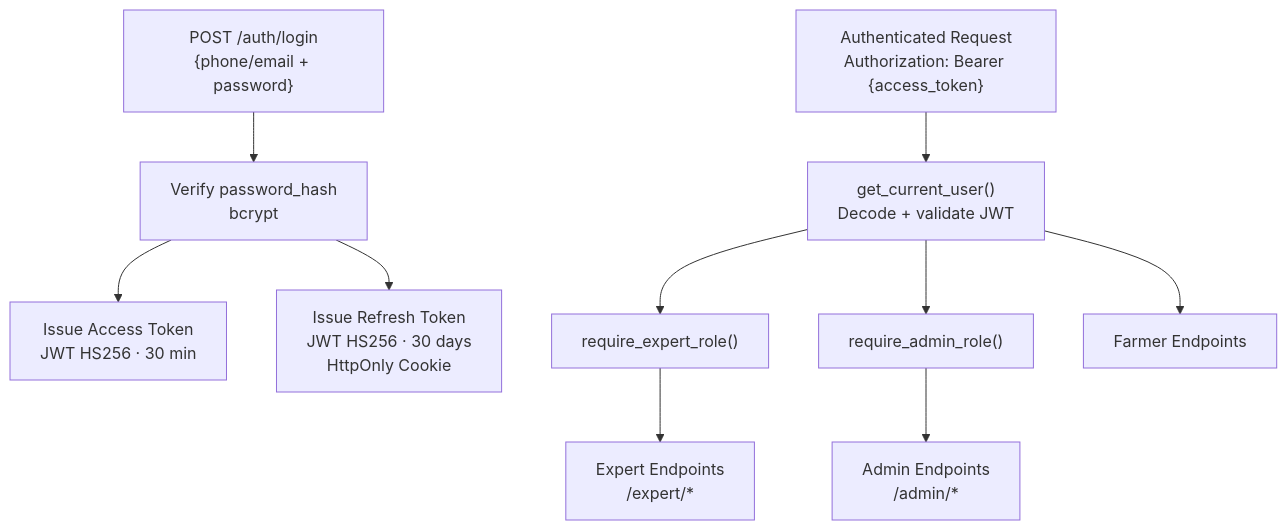
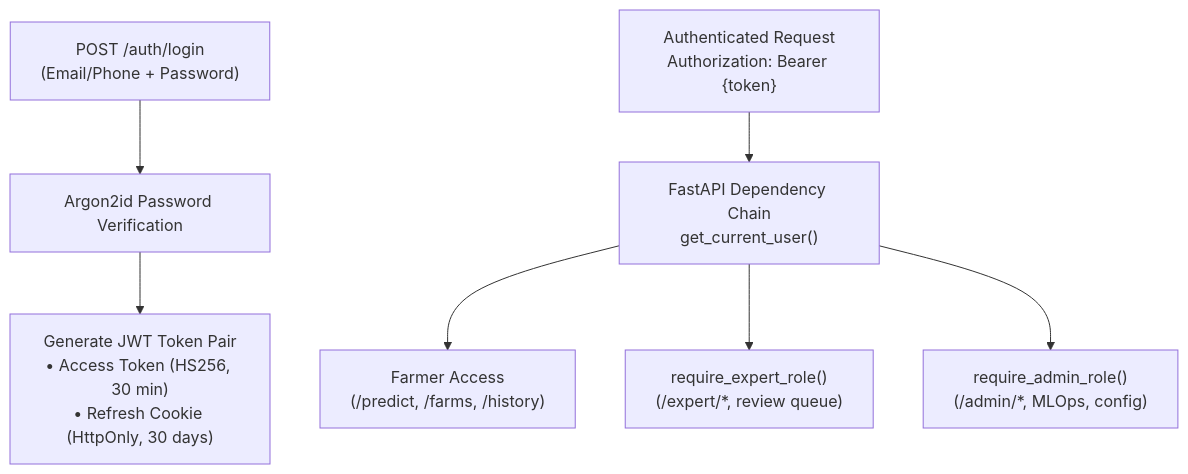
Before and after one commit to manthan2876/Smart-Farming: the fourth of 7 diagrams in Docs/Architecture.md, drawn with Mermaid. The commit also changed other lines of this file and 10 other files, not shown here.

Commit message:
docs: update documentation to 19 October 2026 reflecting Render, Hugging Face Space, and Supabase architecture

````diff
--- a/Docs/Architecture.md
+++ b/Docs/Architecture.md
@@ -535,20 +360,18 @@
 ```mermaid
 flowchart TD
-    LOGIN["POST /auth/login\n{phone/email + password}"]
-    VERIFY["Verify password_hash\nbcrypt"]
-    AT["Issue Access Token\nJWT HS256 · 30 min"]
-    RT["Issue Refresh Token\nJWT HS256 · 30 days\nHttpOnly Cookie"]
-    REQ["Authenticated Request\nAuthorization: Bearer {access_token}"]
-    GUARD["get_current_user()\nDecode + validate JWT"]
-    ROLE_E["require_expert_role()"]
-    ROLE_A["require_admin_role()"]
-    FARMER_EP["Farmer Endpoints"]
-    EXPERT_EP["Expert Endpoints\n/expert/*"]
-    ADMIN_EP["Admin Endpoints\n/admin/*"]
+    LOGIN["POST /auth/login\n(Email/Phone + Password)"]
+    ARGON["Argon2id Password Verification"]
+    ISSUE["Generate JWT Token Pair\n• Access Token (HS256, 30 min)\n• Refresh Cookie (HttpOnly, 30 days)"]
+    AUTH_REQ["Authenticated Request\nAuthorization: Bearer {token}"]
+    DEP["FastAPI Dependency Chain\nget_current_user()"]
+    
+    CHECK_FARMER["Farmer Access\n(/predict, /farms, /history)"]
+    CHECK_EXPERT["require_expert_role()\n(/expert/*, review queue)"]
+    CHECK_ADMIN["require_admin_role()\n(/admin/*, MLOps, config)"]
 
-    LOGIN --> VERIFY --> AT & RT
-    REQ --> GUARD
-    GUARD --> FARMER_EP
-    GUARD --> ROLE_E --> EXPERT_EP
-    GUARD --> ROLE_A --> ADMIN_EP
+    LOGIN --> ARGON --> ISSUE
+    AUTH_REQ --> DEP
+    DEP --> CHECK_FARMER
+    DEP --> CHECK_EXPERT
+    DEP --> CHECK_ADMIN
 ```
````
